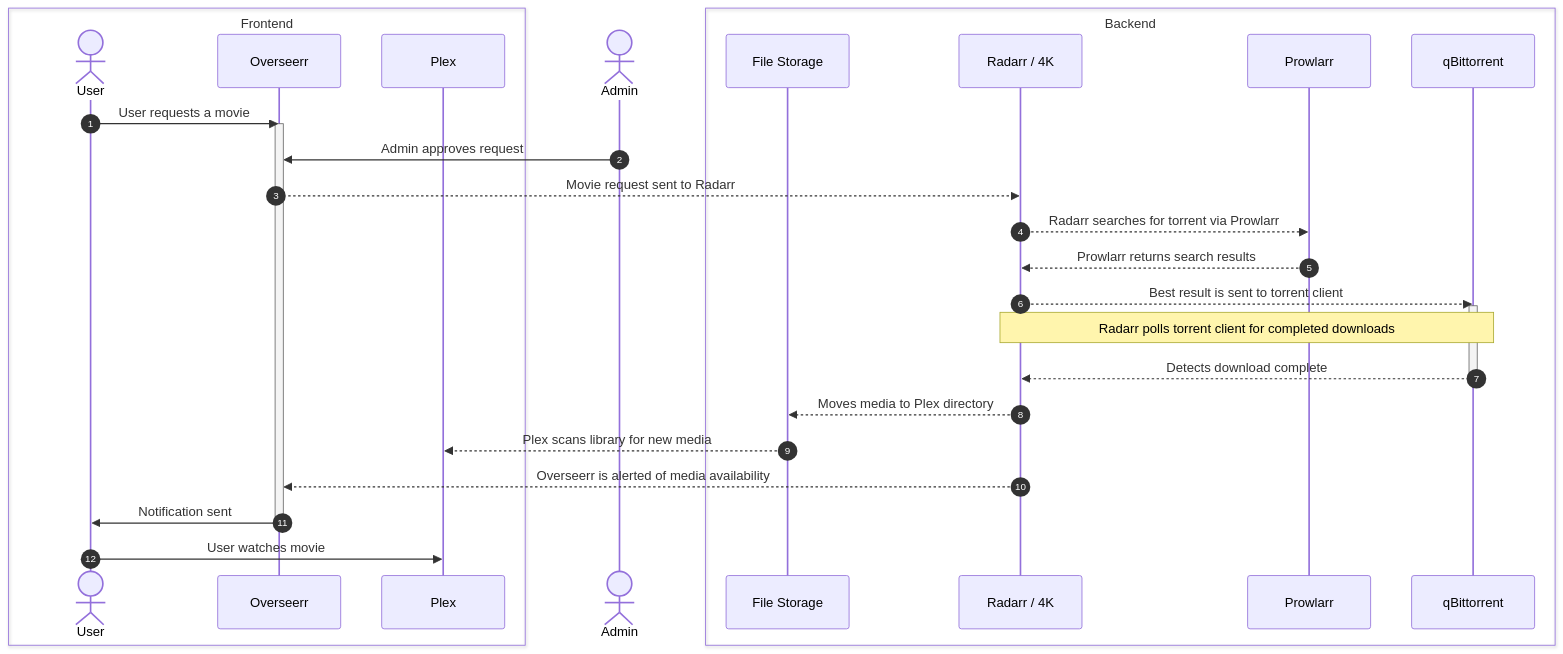
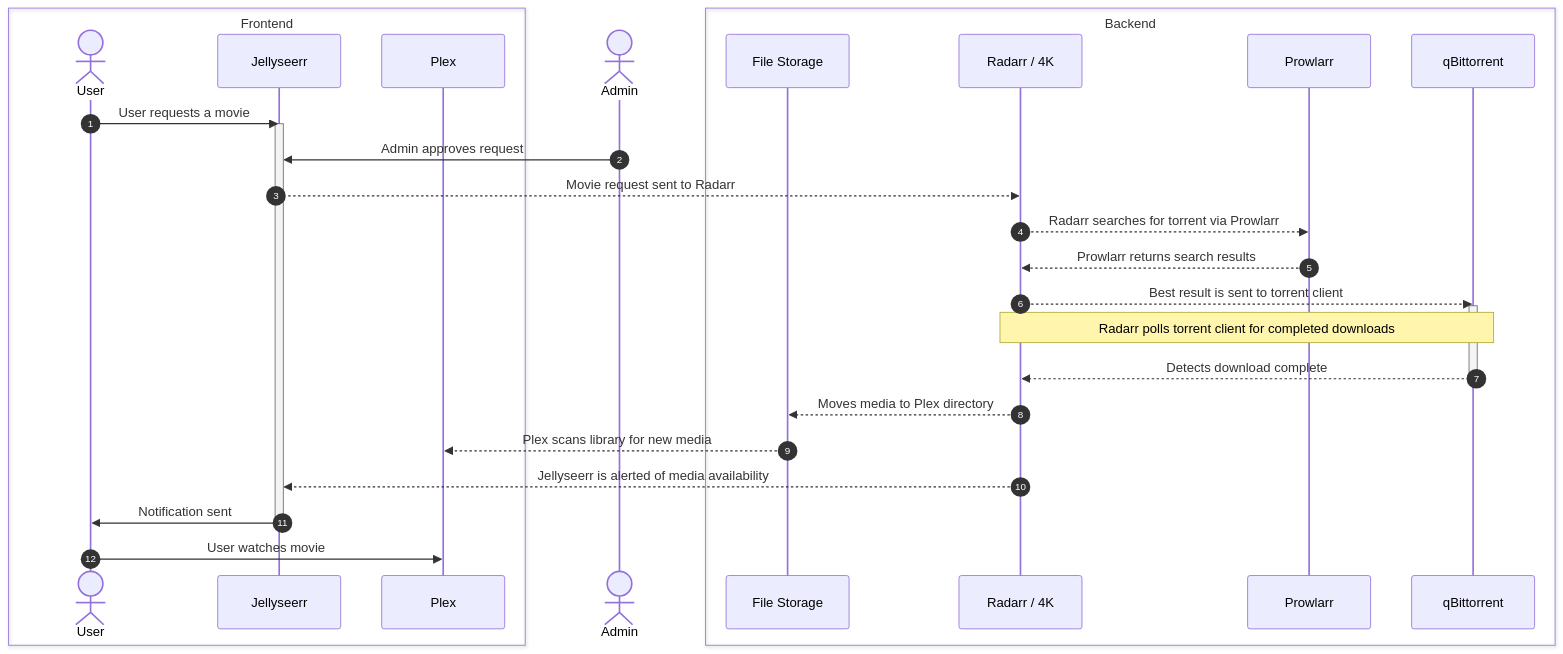
One commit to drewstopherlee/plex-docs changed the first of 2 diagrams in docs/info-for-nerds.md. Above: the diagram before and after it, drawn with Mermaid. The commit also changed other lines of this file and 10 other files, not shown here.

````diff
--- a/docs/info-for-nerds.md
+++ b/docs/info-for-nerds.md
@@ -42,33 +42,33 @@
 ```mermaid
 sequenceDiagram
   autonumber
   box Frontend
   actor User
-  participant Overseerr
+  participant Jellyseerr
   participant Plex
   end
   actor Admin
   box Backend
   participant File Storage
   participant Radarr / 4K
   participant Prowlarr
   participant qBittorrent
   end
-  User->>Overseerr: User requests a movie
-  activate Overseerr
-  Admin->>Overseerr: Admin approves request
-  Overseerr-->>Radarr / 4K: Movie request sent to Radarr
+  User->>Jellyseerr: User requests a movie
+  activate Jellyseerr
+  Admin->>Jellyseerr: Admin approves request
+  Jellyseerr-->>Radarr / 4K: Movie request sent to Radarr
   Radarr / 4K-->>Prowlarr: Radarr searches for torrent via Prowlarr
   Prowlarr-->>Radarr / 4K: Prowlarr returns search results
   Radarr / 4K-->>qBittorrent: Best result is sent to torrent client
   activate qBittorrent
   Note over qBittorrent,Radarr / 4K: Radarr polls torrent client for completed downloads
   qBittorrent-->>Radarr / 4K: Detects download complete
   deactivate qBittorrent
   Radarr / 4K-->>File Storage: Moves media to Plex directory
   File Storage-->>Plex: Plex scans library for new media
-  Radarr / 4K-->>Overseerr: Overseerr is alerted of media availability
-  Overseerr->>User: Notification sent
-  deactivate Overseerr
+  Radarr / 4K-->>Jellyseerr: Jellyseerr is alerted of media availability
+  Jellyseerr->>User: Notification sent
+  deactivate Jellyseerr
   User->>Plex: User watches movie
 ```
````
